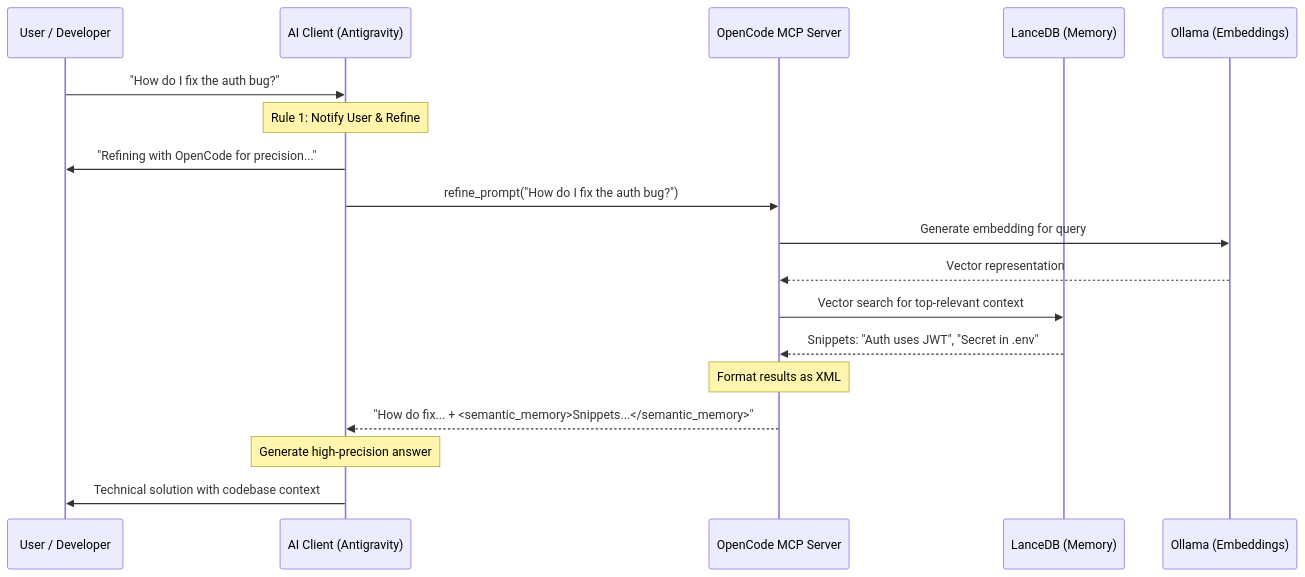
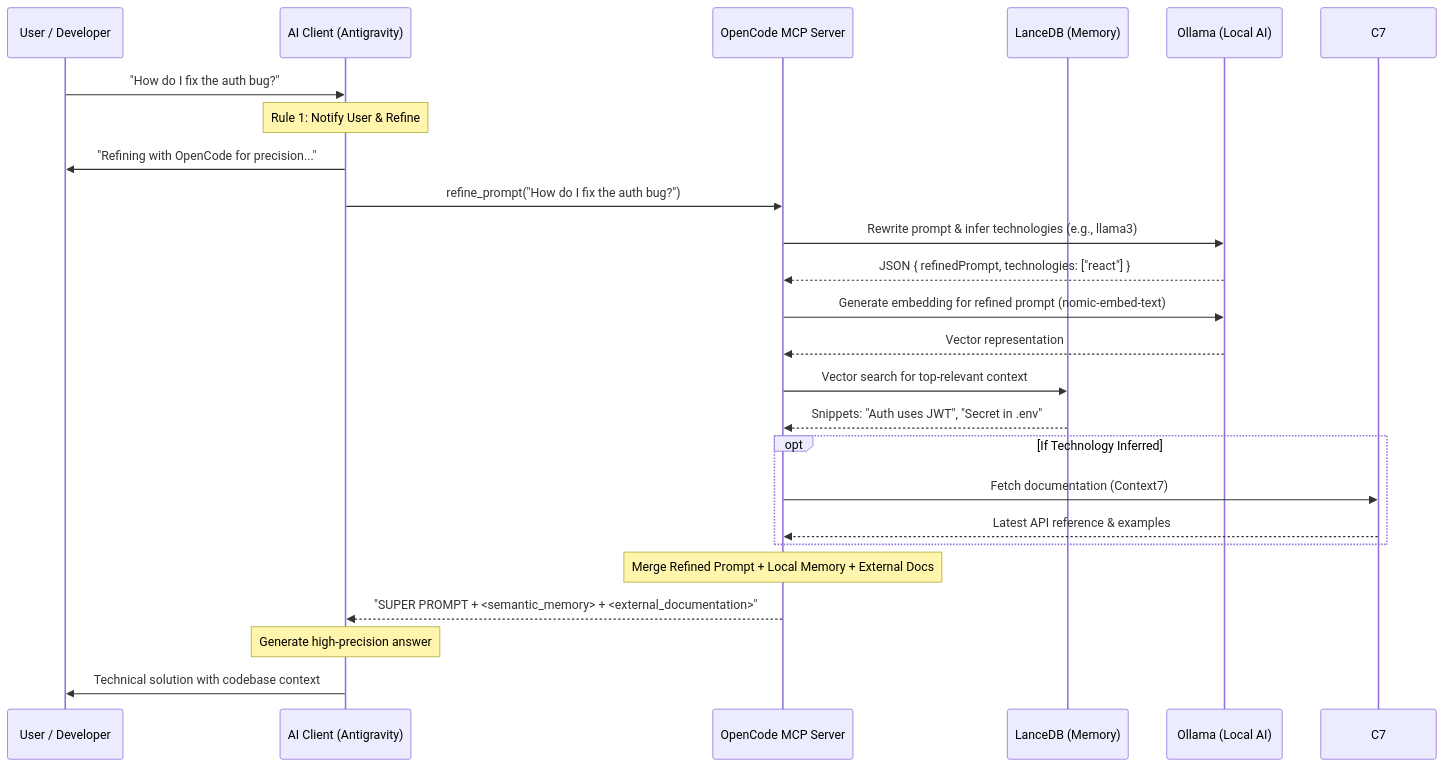
Before and after one commit to marlondivino/open-code-as-mcp: the second of 2 diagrams in README.md, drawn with Mermaid. The commit also changed other lines of this file and 2 other files, not shown here.

Commit message:
feat: integrate Context7 real-time documentation retrieval and implement local prompt refinement via Ollama

````diff
--- a/README.md
+++ b/README.md
@@ -41,25 +55,33 @@
 ```mermaid
 sequenceDiagram
     participant User as User / Developer
     participant AG as AI Client (Antigravity)
     participant OC as OpenCode MCP Server
     participant LDB as LanceDB (Memory)
-    participant OLL as Ollama (Embeddings)
+    participant OLL as Ollama (Local AI)
 
     User->>AG: "How do I fix the auth bug?"
     Note over AG: Rule 1: Notify User & Refine
     AG->>User: "Refining with OpenCode for precision..."
     AG->>OC: refine_prompt("How do I fix the auth bug?")
 
-    OC->>OLL: Generate embedding for query
+    OC->>OLL: Rewrite prompt & infer technologies (e.g., llama3)
+    OLL-->>OC: JSON { refinedPrompt, technologies: ["react"] }
+
+    OC->>OLL: Generate embedding for refined prompt (nomic-embed-text)
     OLL-->>OC: Vector representation
 
     OC->>LDB: Vector search for top-relevant context
     LDB-->>OC: Snippets: "Auth uses JWT", "Secret in .env"
 
-    Note over OC: Format results as XML
-    OC-->>AG: "How do fix... + <semantic_memory>Snippets...</semantic_memory>"
+    opt If Technology Inferred
+        OC->>C7: Fetch documentation (Context7)
+        C7-->>OC: Latest API reference & examples
+    end
+
+    Note over OC: Merge Refined Prompt + Local Memory + External Docs
+    OC-->>AG: "SUPER PROMPT + <semantic_memory> + <external_documentation>"
 
     Note over AG: Generate high-precision answer
     AG->>User: Technical solution with codebase context
 ```
````
